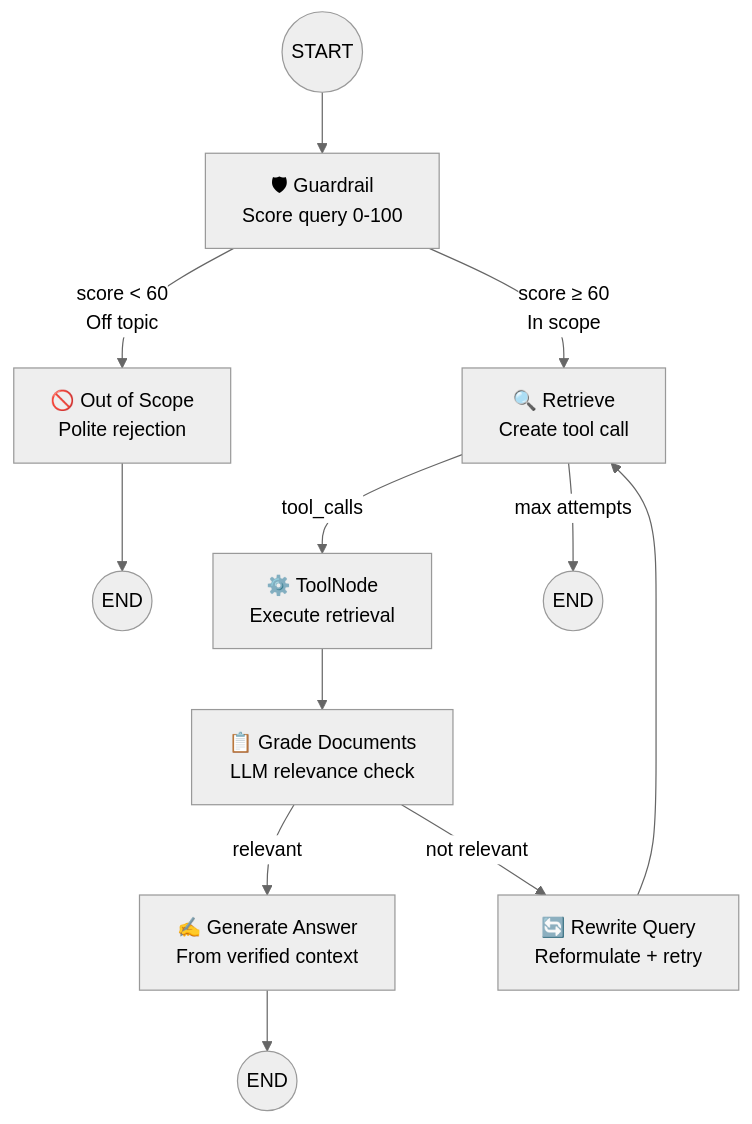
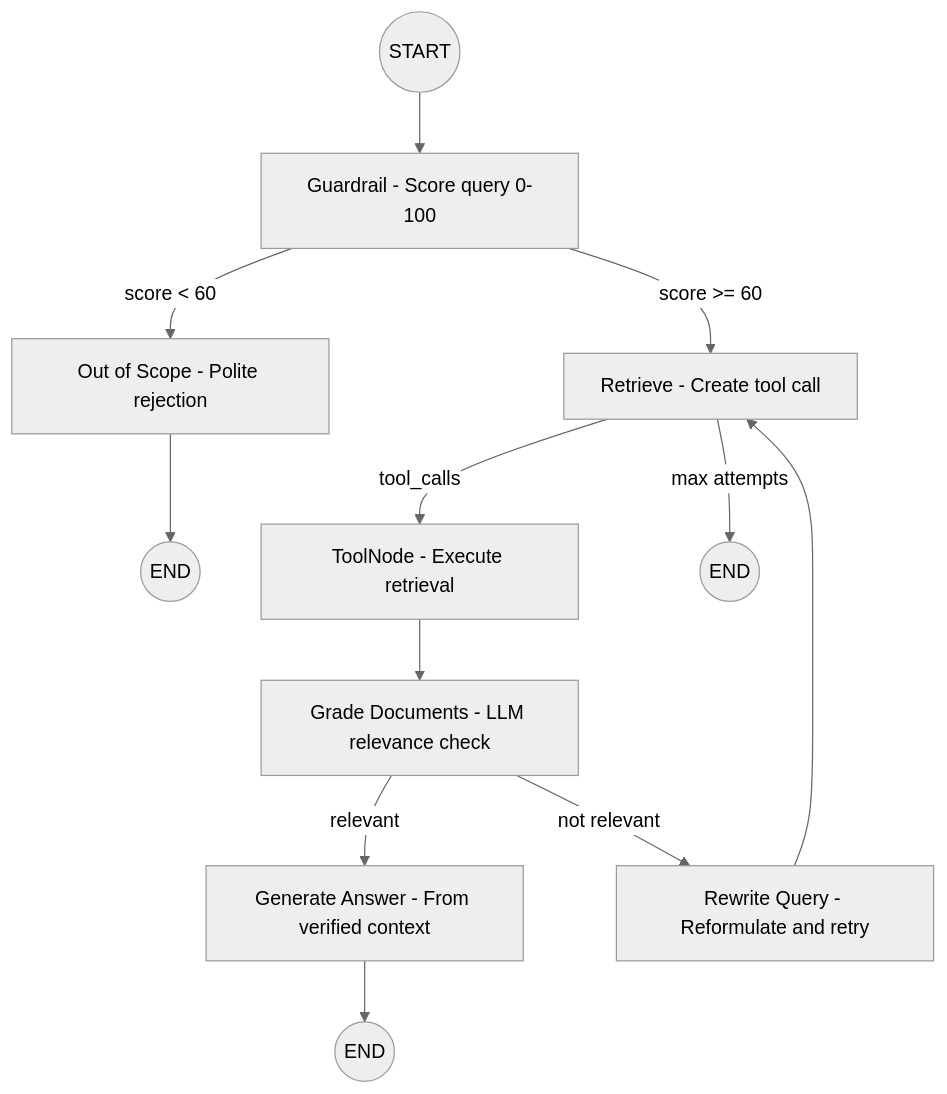
Before and after one commit to siddu28/arxiv-paper-curator: the diagram in README.md, drawn with Mermaid (neutral theme).

Commit message:
Updated Readme file

````diff
--- a/README.md
+++ b/README.md
@@ -175,15 +175,15 @@
 ```mermaid
 graph TD
-    START(("START")) --> G["🛡 Guardrail<br/>Score query 0-100"]
-    G -->|"score ≥ 60<br/>In scope"| R["🔍 Retrieve<br/>Create tool call"]
-    G -->|"score < 60<br/>Off topic"| OOS["🚫 Out of Scope<br/>Polite rejection"]
+    START(("START")) --> G["Guardrail - Score query 0-100"]
+    G -->|"score >= 60"| R["Retrieve - Create tool call"]
+    G -->|"score < 60"| OOS["Out of Scope - Polite rejection"]
     OOS --> END1(("END"))
     
-    R -->|"tool_calls"| TR["⚙️ ToolNode<br/>Execute retrieval"]
+    R -->|"tool_calls"| TR["ToolNode - Execute retrieval"]
     R -->|"max attempts"| END2(("END"))
-    TR --> GD["📋 Grade Documents<br/>LLM relevance check"]
-    GD -->|"relevant"| GA["✍️ Generate Answer<br/>From verified context"]
-    GD -->|"not relevant"| RW["🔄 Rewrite Query<br/>Reformulate + retry"]
+    TR --> GD["Grade Documents - LLM relevance check"]
+    GD -->|"relevant"| GA["Generate Answer - From verified context"]
+    GD -->|"not relevant"| RW["Rewrite Query - Reformulate and retry"]
     RW --> R
     GA --> END3(("END"))
 ```
````
